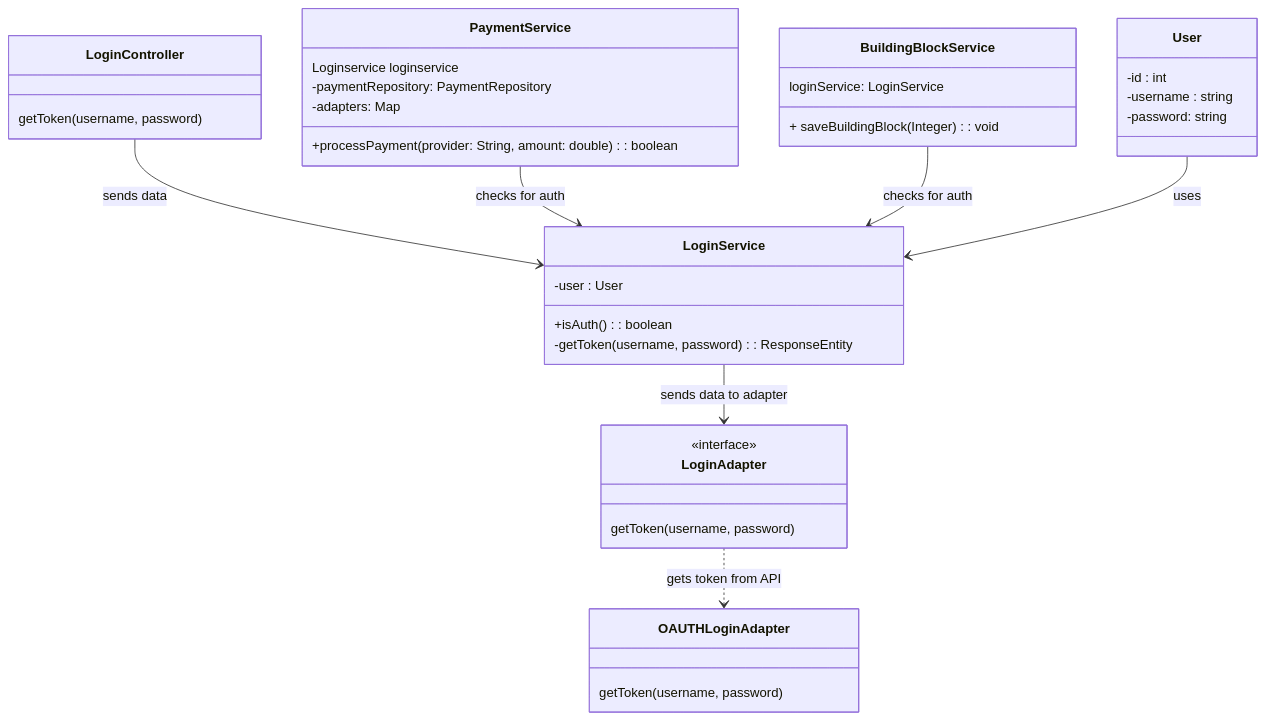
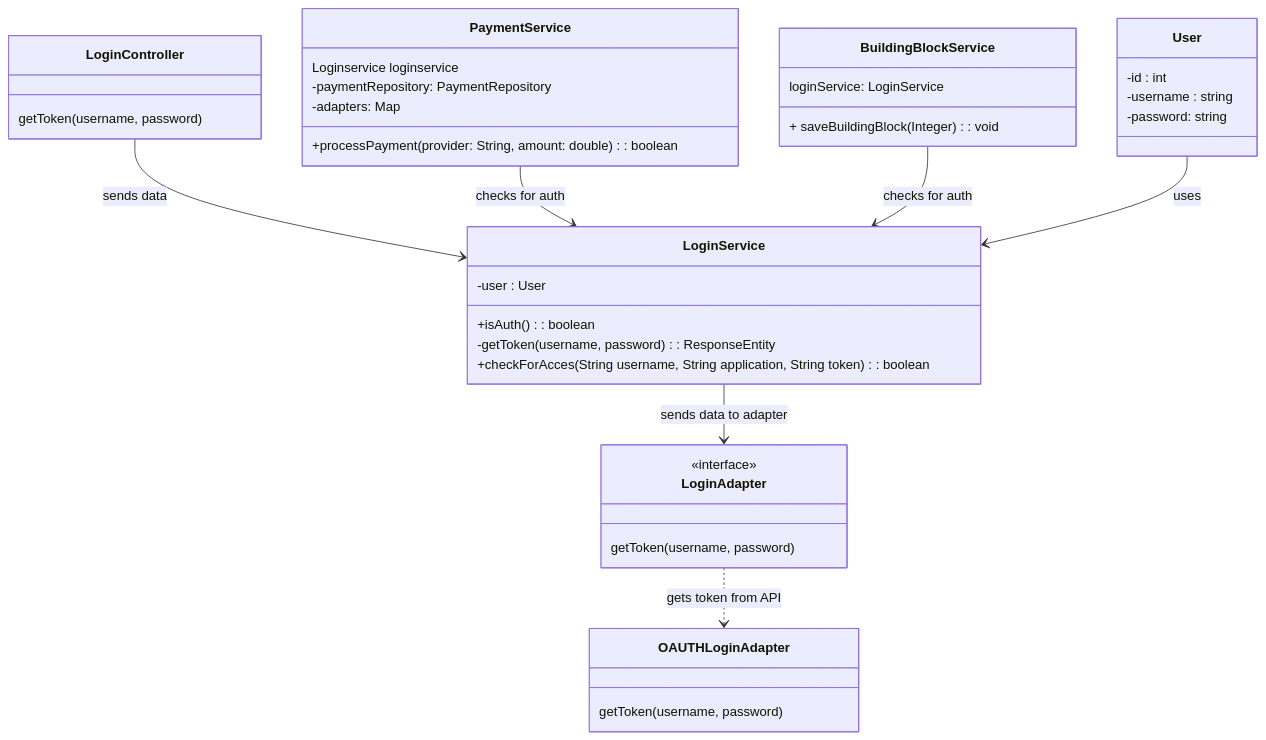
The diagram in Week2/Presentatie/klassendiagrammen/klassendiagram-inloggen.md (AIM-ENE-feb25/triptop-inshallahboys), drawn with Mermaid before and after one commit. The commit also changed 2 other files, not shown here.

Commit message:
Engelse taal aanpassingen + SGB

````diff
--- a/Week2/Presentatie/klassendiagrammen/klassendiagram-inloggen.md
+++ b/Week2/Presentatie/klassendiagrammen/klassendiagram-inloggen.md
@@ -1,49 +1,50 @@
 ```mermaid
 classDiagram
 
 class User {
     -id : int
     -username : string
     -password: string
 }
 
 class LoginController{
     getToken(username, password)
 }
 
 class LoginService{
     -user : User
     +isAuth() : boolean
     -getToken(username, password) : ResponseEntity<String>
+    +checkForAcces(String username, String application, String token) : boolean
 }
 
 class LoginAdapter{
     <<interface>>
     getToken(username, password)
 }
 
 class OAUTHLoginAdapter{
     getToken(username, password)
 }
 
 
 class PaymentService {
     Loginservice loginservice
     +processPayment(provider: String, amount: double): boolean
     -paymentRepository: PaymentRepository
     -adapters: Map<String, PaymentAdapter>
 }
 
 class BuildingBlockService {
     loginService: LoginService
     + saveBuildingBlock(Integer): void
 }
 
 LoginController --> LoginService : sends data
 LoginService --> LoginAdapter : sends data to adapter
 LoginAdapter ..> OAUTHLoginAdapter : gets token from API
 PaymentService --> LoginService : checks for auth
 BuildingBlockService --> LoginService : checks for auth
 User --> LoginService : uses
 
 ```
````
